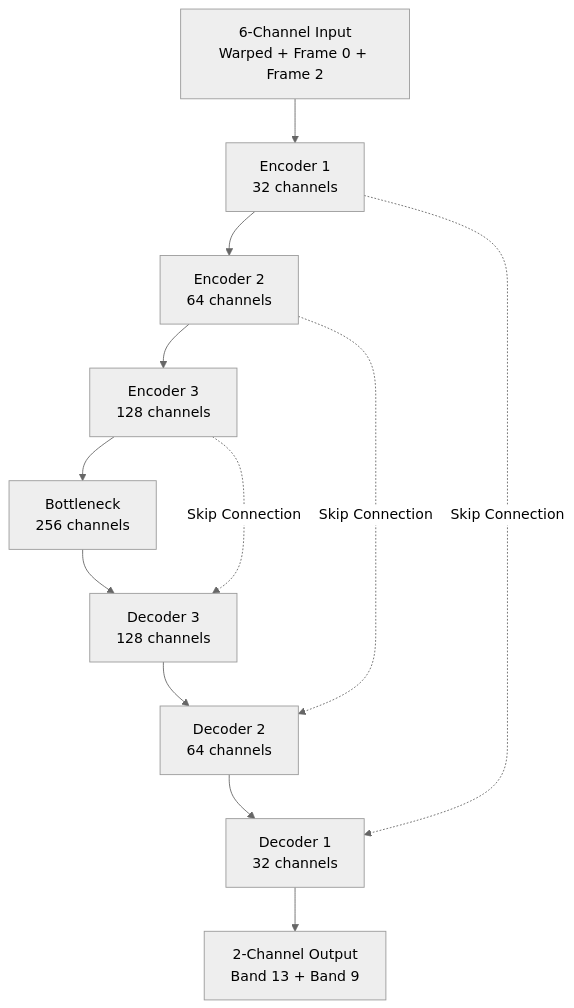
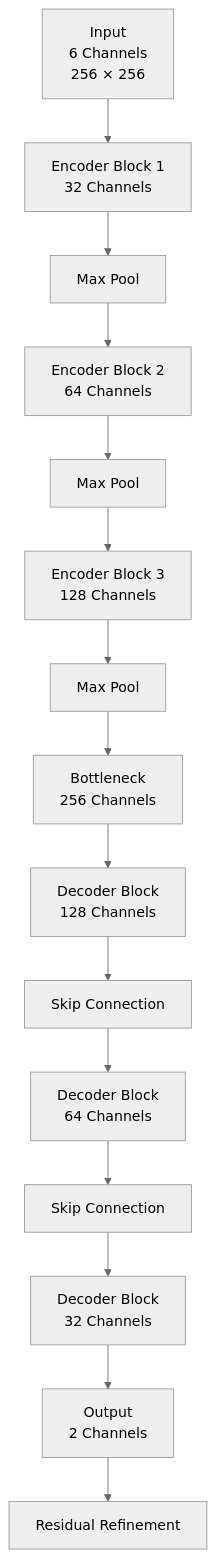
The second of 4 diagrams in README.md (SrimathiSubbiah/Increasing_Temporal_Resolution_Of_Geostationary_Satellite), drawn with Mermaid (neutral theme) before and after one commit. The commit also changed other lines of this file, not shown here.

````diff
--- a/README.md
+++ b/README.md
@@ -187,31 +141,28 @@
 ```mermaid
-flowchart TB
+flowchart TD
 
-    INPUT["6-Channel Input<br/>Warped + Frame 0 + Frame 2"]
+A[Input<br/>6 Channels<br/>256 × 256]
 
-    E1["Encoder 1<br/>32 channels"]
-    E2["Encoder 2<br/>64 channels"]
-    E3["Encoder 3<br/>128 channels"]
+A --> B[Encoder Block 1<br/>32 Channels]
+B --> C[Max Pool]
 
-    B["Bottleneck<br/>256 channels"]
+C --> D[Encoder Block 2<br/>64 Channels]
+D --> E[Max Pool]
 
-    D3["Decoder 3<br/>128 channels"]
-    D2["Decoder 2<br/>64 channels"]
-    D1["Decoder 1<br/>32 channels"]
+E --> F[Encoder Block 3<br/>128 Channels]
+F --> G[Max Pool]
 
-    OUT["2-Channel Output<br/>Band 13 + Band 9"]
+G --> H[Bottleneck<br/>256 Channels]
 
-    INPUT --> E1
-    E1 --> E2
-    E2 --> E3
-    E3 --> B
+H --> I[Decoder Block<br/>128 Channels]
+I --> J[Skip Connection]
 
-    B --> D3
-    D3 --> D2
-    D2 --> D1
-    D1 --> OUT
+J --> K[Decoder Block<br/>64 Channels]
+K --> L[Skip Connection]
 
-    E1 -. Skip Connection .-> D1
-    E2 -. Skip Connection .-> D2
-    E3 -. Skip Connection .-> D3
+L --> M[Decoder Block<br/>32 Channels]
+
+M --> N[Output<br/>2 Channels]
+
+N --> O[Residual Refinement]
 ```
````
